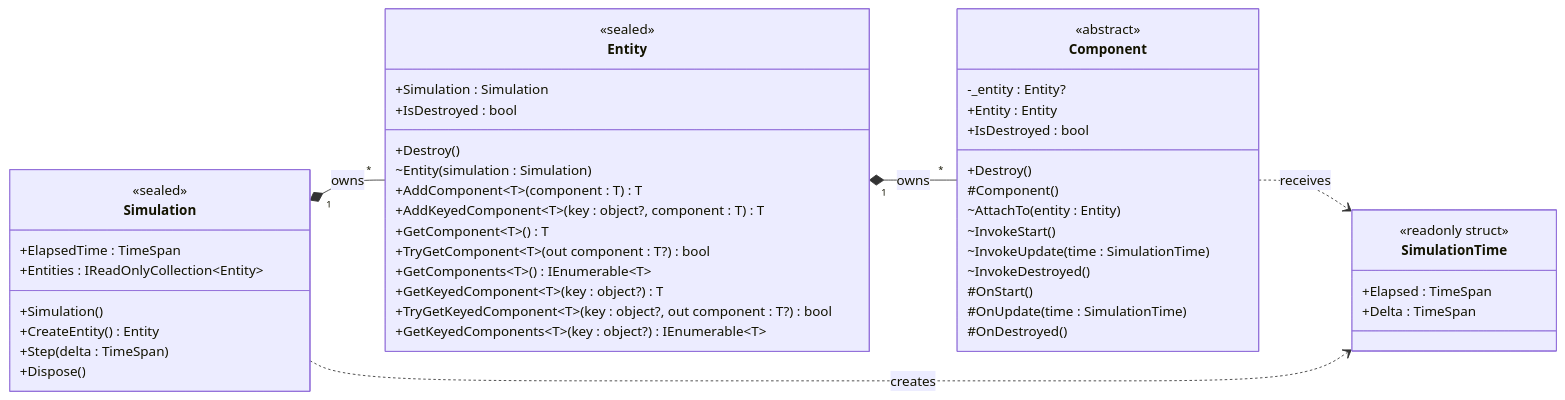
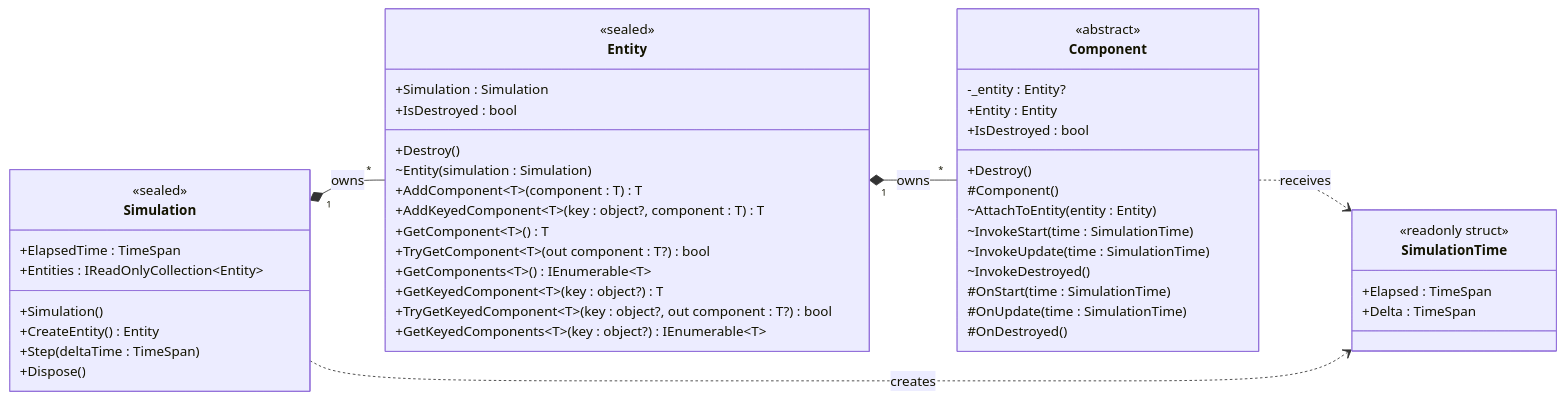
Before and after one commit to Andrew-Pollard/Invicta.Simulation: the first of 4 diagrams in docs/design.md, drawn with Mermaid. The commit also changed other lines of this file and 3 other files, not shown here.

````diff
--- a/docs/design.md
+++ b/docs/design.md
@@ -55,57 +55,57 @@
 ```mermaid
 classDiagram
     direction LR
 
     class Simulation {
         <<sealed>>
         +ElapsedTime : TimeSpan
         +Entities : IReadOnlyCollection~Entity~
         +Simulation()
         +CreateEntity() Entity
-        +Step(delta : TimeSpan)
+        +Step(deltaTime : TimeSpan)
         +Dispose()
     }
 
     class Entity {
         <<sealed>>
         +Simulation : Simulation
         +IsDestroyed : bool
         +Destroy()
         ~Entity(simulation : Simulation)
         +AddComponent~T~(component : T) T
         +AddKeyedComponent~T~(key : object?, component : T) T
         +GetComponent~T~() T
         +TryGetComponent~T~(out component : T?) bool
         +GetComponents~T~() IEnumerable~T~
         +GetKeyedComponent~T~(key : object?) T
         +TryGetKeyedComponent~T~(key : object?, out component : T?) bool
         +GetKeyedComponents~T~(key : object?) IEnumerable~T~
     }
 
     class Component {
         <<abstract>>
         -_entity : Entity?
         +Entity : Entity
         +IsDestroyed : bool
         +Destroy()
         #Component()
-        ~AttachTo(entity : Entity)
-        ~InvokeStart()
+        ~AttachToEntity(entity : Entity)
+        ~InvokeStart(time : SimulationTime)
         ~InvokeUpdate(time : SimulationTime)
         ~InvokeDestroyed()
-        #OnStart()
+        #OnStart(time : SimulationTime)
         #OnUpdate(time : SimulationTime)
         #OnDestroyed()
     }
 
     class SimulationTime {
         <<readonly struct>>
         +Elapsed : TimeSpan
         +Delta : TimeSpan
     }
 
     Simulation "1" *-- "*" Entity : owns
     Entity "1" *-- "*" Component : owns
     Component ..> SimulationTime : receives
     Simulation ..> SimulationTime : creates
 ```
````
